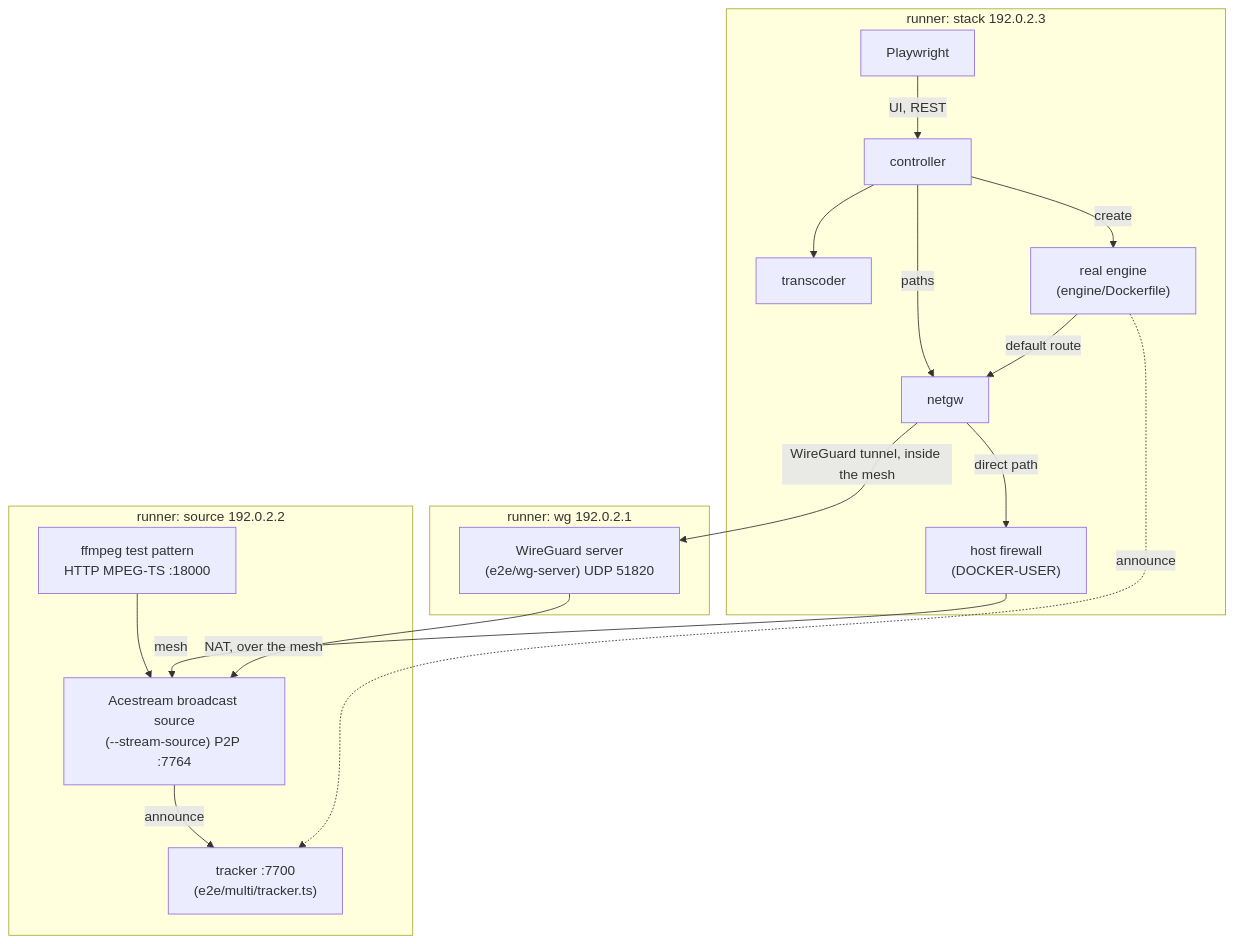
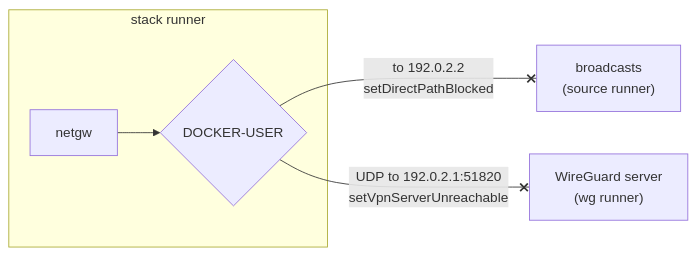
Before and after one commit to sergimn/AceSwarm: the second of 10 diagrams in e2e/README.md, drawn with Mermaid. The commit also changed other lines of this file and 3 other files, not shown here.

First line of the commit message:
Describe the real-engine E2E suite in the docs

````diff
--- a/e2e/README.md
+++ b/e2e/README.md
@@ -88,23 +58,8 @@
 ```mermaid
-flowchart TB
-  subgraph stack["runner: stack 192.0.2.3"]
-    PW[Playwright] -- UI, REST --> C[controller]
-    C --> T[transcoder]
-    C -- paths --> G[netgw]
-    C -- create --> E["real engine<br/>(engine/Dockerfile)"]
-    E -- default route --> G
-    FW["host firewall<br/>(DOCKER-USER)"]
+flowchart LR
+  subgraph stack["stack runner"]
+    G[netgw] --> FW{"DOCKER-USER"}
   end
-  subgraph wg["runner: wg 192.0.2.1"]
-    V["WireGuard server<br/>(e2e/wg-server) UDP 51820"]
-  end
-  subgraph source["runner: source 192.0.2.2"]
-    F["ffmpeg test pattern<br/>HTTP MPEG-TS :18000"] --> S["Acestream broadcast source<br/>(--stream-source) P2P :7764"]
-    S -- announce --> K["tracker :7700<br/>(e2e/multi/tracker.ts)"]
-  end
-  G -- "direct path" --> FW
-  FW -- "mesh" --> S
-  G -- "WireGuard tunnel, inside the mesh" --> V
-  V -- "NAT, over the mesh" --> S
-  E -. announce .-> K
+  FW -- "to 192.0.2.2<br/>setDirectPathBlocked" --x S["broadcasts<br/>(source runner)"]
+  FW -- "UDP to 192.0.2.1:51820<br/>setVpnServerUnreachable" --x V["WireGuard server<br/>(wg runner)"]
 ```
````
